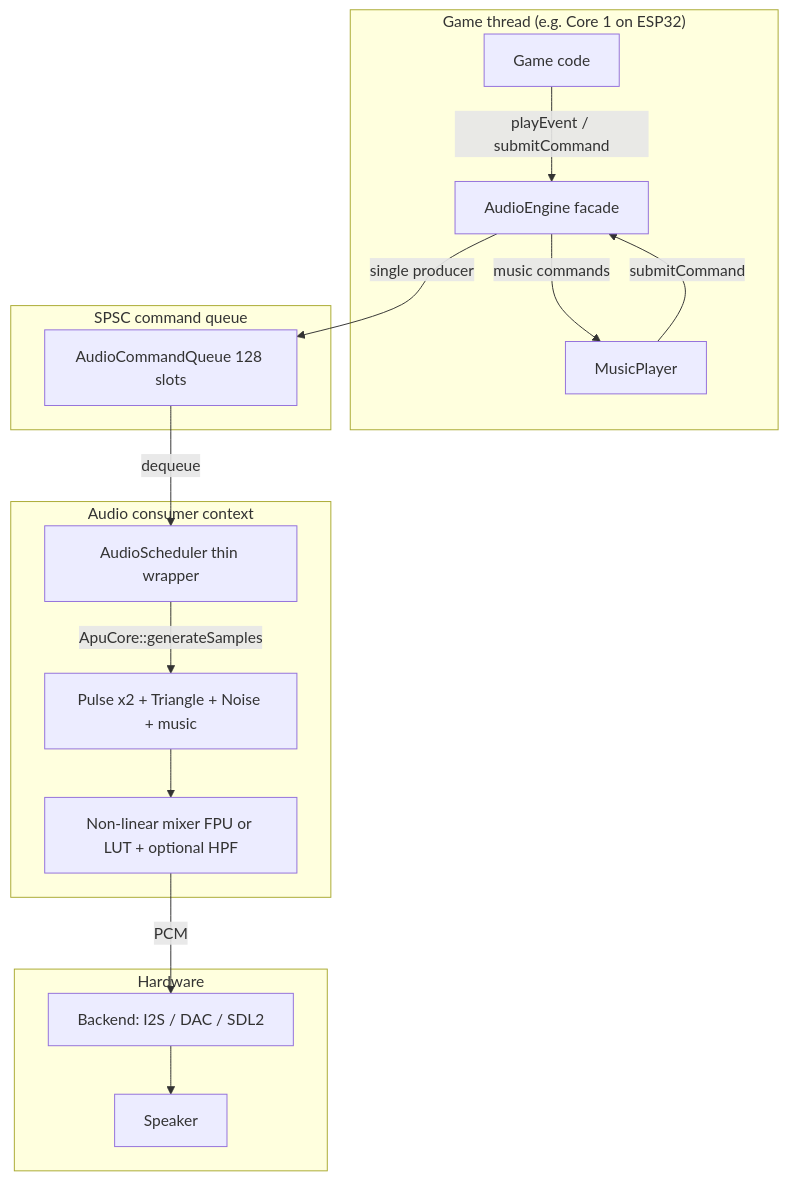
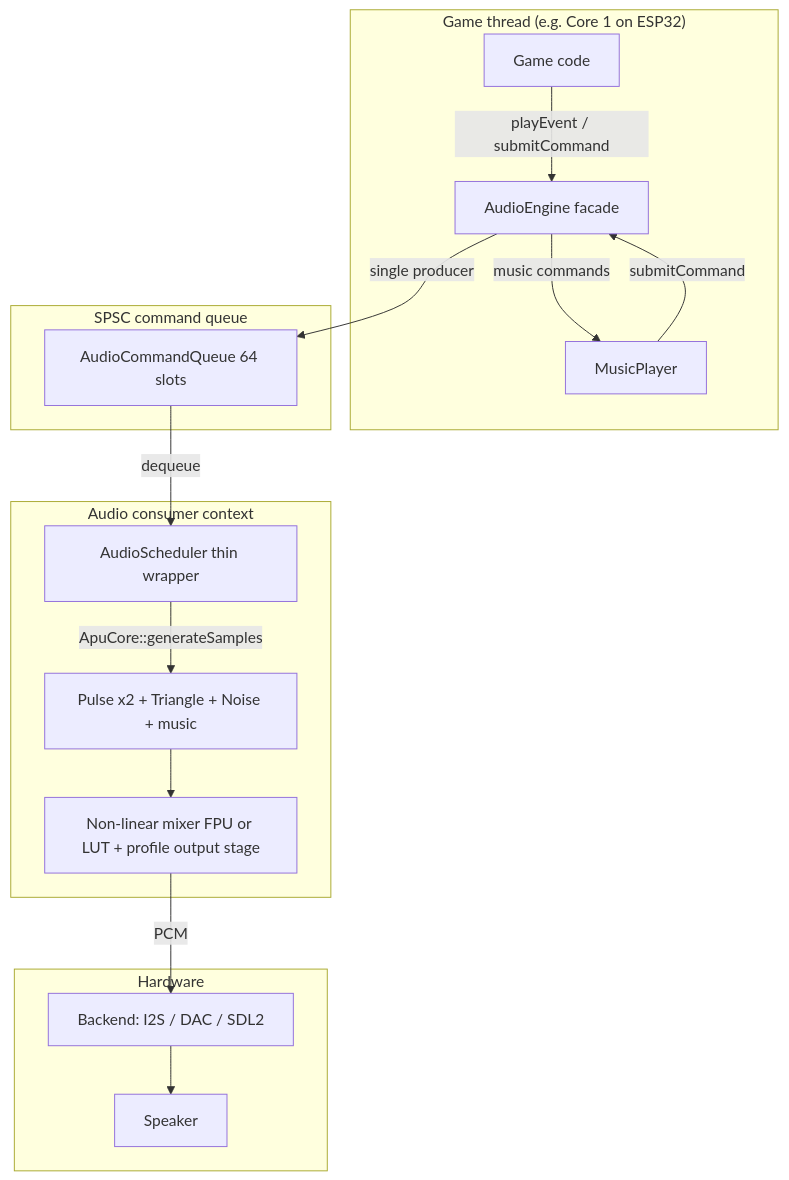
The diagram in architecture/audio-subsystem.md (PixelRoot32-Game-Engine/PixelRoot32-Docs), drawn with Mermaid before and after one commit. The commit also changed other lines of this file and 99 other files, not shown here.

````diff
--- a/architecture/audio-subsystem.md
+++ b/architecture/audio-subsystem.md
@@ -37,23 +37,23 @@
 ```mermaid
 flowchart TB
     subgraph Game["Game thread (e.g. Core 1 on ESP32)"]
         A[Game code] -->|playEvent / submitCommand| B[AudioEngine facade]
         B -->|music commands| C[MusicPlayer]
         C -->|submitCommand| B
     end
 
     subgraph Queue["SPSC command queue"]
-        B -->|single producer| D[AudioCommandQueue 128 slots]
+        B -->|single producer| D[AudioCommandQueue 64 slots]
     end
 
     subgraph Audio["Audio consumer context"]
         D -->|dequeue| E[AudioScheduler thin wrapper]
         E -->|ApuCore::generateSamples| F[Pulse x2 + Triangle + Noise + music]
-        F --> G[Non-linear mixer FPU or LUT + optional HPF]
+        F --> G[Non-linear mixer FPU or LUT + profile output stage]
     end
 
     subgraph Output["Hardware"]
         G -->|PCM| H[Backend: I2S / DAC / SDL2]
         H --> I[Speaker]
     end
 ```
````
